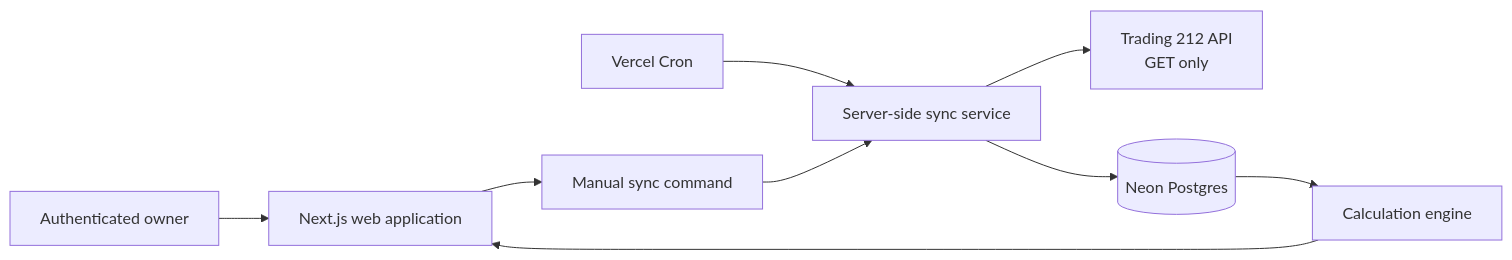
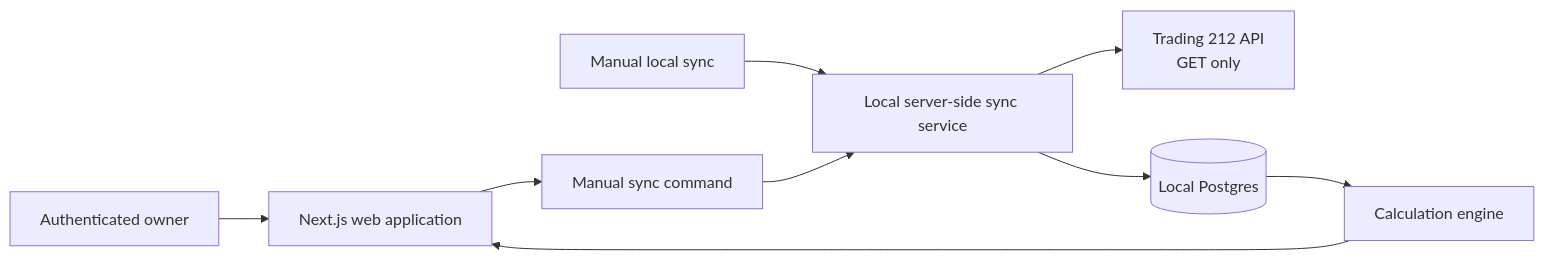
Before and after one commit to giral24/trading212-portfolio-analyzer: the diagram in docs/02-data-and-integration/02-architecture-and-data-model.md, drawn with Mermaid. The commit also changed other lines of this file and 6 other files, not shown here.

````diff
--- a/docs/02-data-and-integration/02-architecture-and-data-model.md
+++ b/docs/02-data-and-integration/02-architecture-and-data-model.md
@@ -5,11 +5,11 @@
 ```mermaid
 flowchart LR
   U["Authenticated owner"] --> W["Next.js web application"]
   W --> Q["Manual sync command"]
-  C["Vercel Cron"] --> S["Server-side sync service"]
+  C["Manual local sync"] --> S["Local server-side sync service"]
   Q --> S
   S --> T["Trading 212 API\nGET only"]
-  S --> D[("Neon Postgres")]
+  S --> D[("Local Postgres")]
   D --> E["Calculation engine"]
   E --> W
 ```
````
